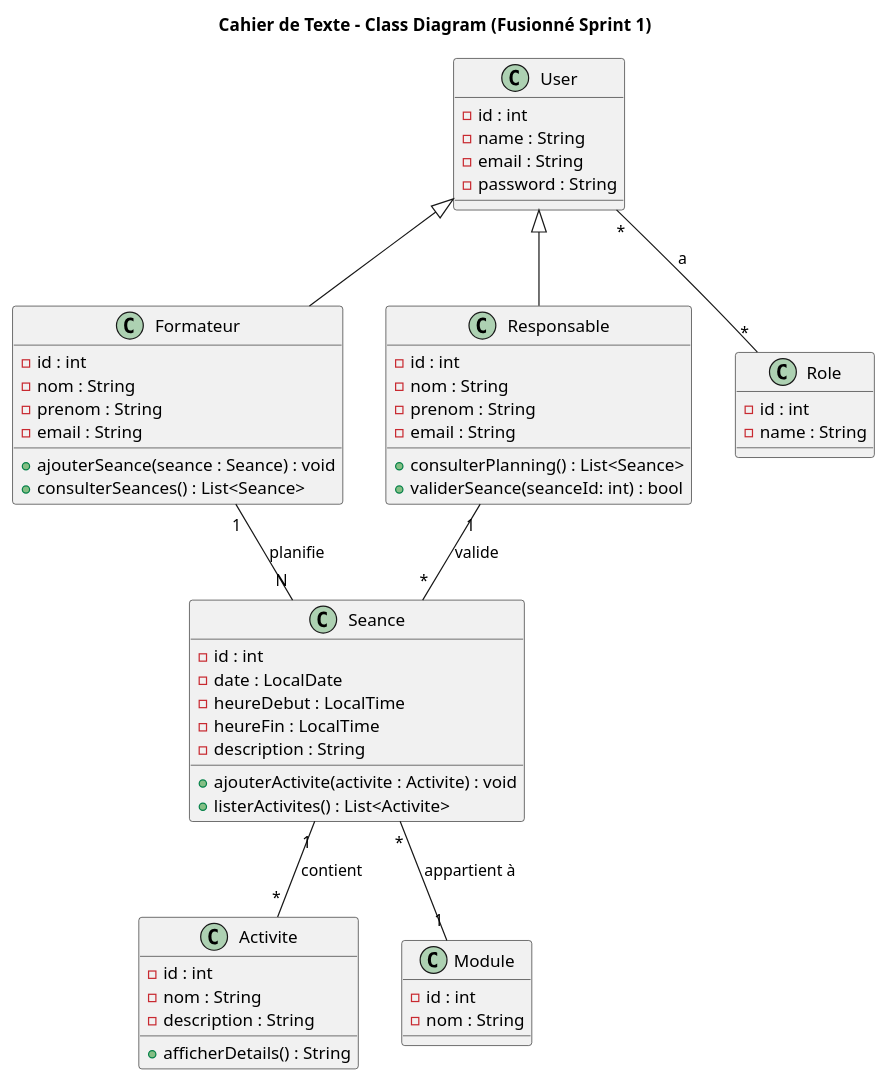
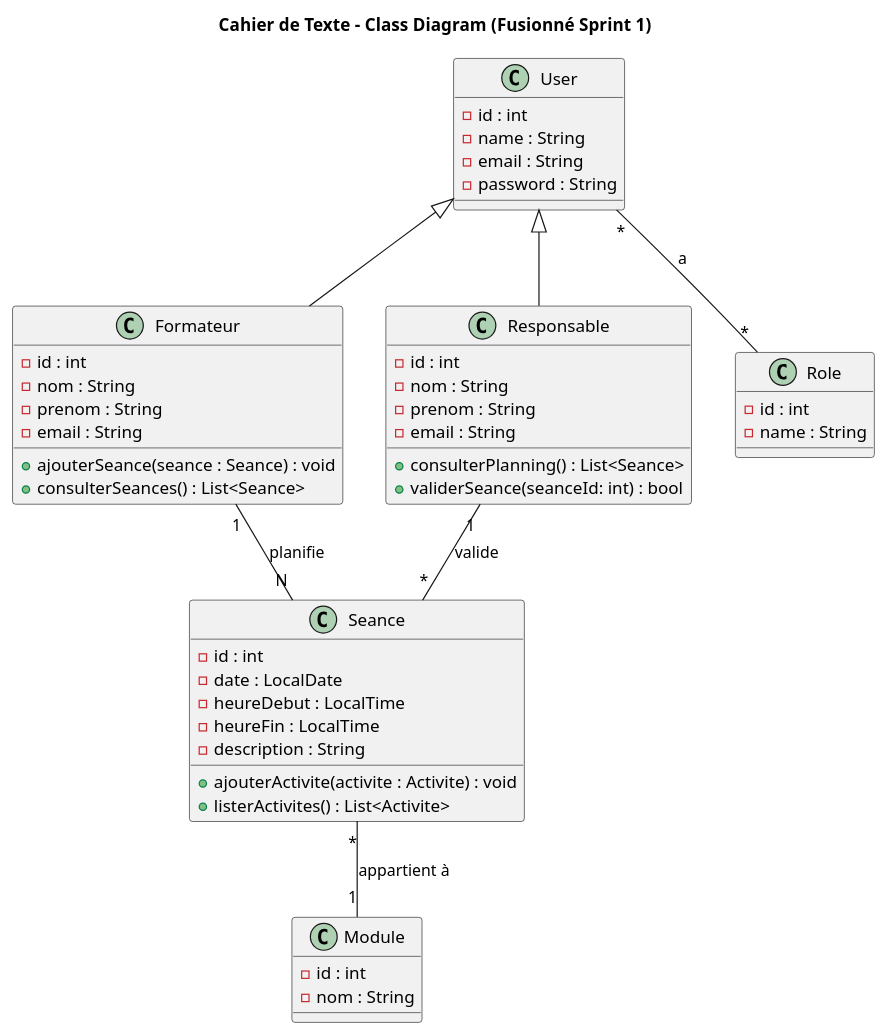
One commit to Ayoub-El-Bouzidi/fil-rouge changed the diagram in Branch Technique/Conception/DiagrammeDeClass.puml. Above: the diagram before and after it, drawn with PlantUML. The commit also changed 203 other files, not shown here.

```diff
--- a/Branch Technique/Conception/DiagrammeDeClass.puml
+++ b/Branch Technique/Conception/DiagrammeDeClass.puml
@@ -1,67 +1,60 @@
 @startuml
 title Cahier de Texte - Class Diagram (Fusionné Sprint 1)
 
 ' ==== Classes principales ====
 class Formateur {
     - id : int
     - nom : String
     - prenom : String
     - email : String
     + ajouterSeance(seance : Seance) : void
     + consulterSeances() : List<Seance>
 }
 
 class Seance {
     - id : int
     - date : LocalDate
     - heureDebut : LocalTime
     - heureFin : LocalTime
     - description : String
     + ajouterActivite(activite : Activite) : void
     + listerActivites() : List<Activite>
 }
 
-class Activite {
-    - id : int
-    - nom : String
-    - description : String
-    + afficherDetails() : String
-}
 
 class Module {
     - id : int
     - nom : String
 }
 
 class Responsable {
     - id : int
     - nom : String
     - prenom : String
     - email : String
     + consulterPlanning() : List<Seance>
     + validerSeance(seanceId: int) : bool
 }
 
 class Role {
     - id : int
     - name : String
 }
 
 class User {
     - id : int
     - name : String
     - email : String
     - password : String
 }
 
 ' ==== Relations ====
 Formateur "1" -- "N" Seance : "planifie"
-Seance "1" -- "*" Activite : "contient"
 Seance "*" -- "1" Module : "appartient à"
 Responsable "1" -- "*" Seance : "valide"
 
 User "*" -- "*" Role : "a"
 User <|-- Formateur
 User <|-- Responsable
 
 @enduml
```
